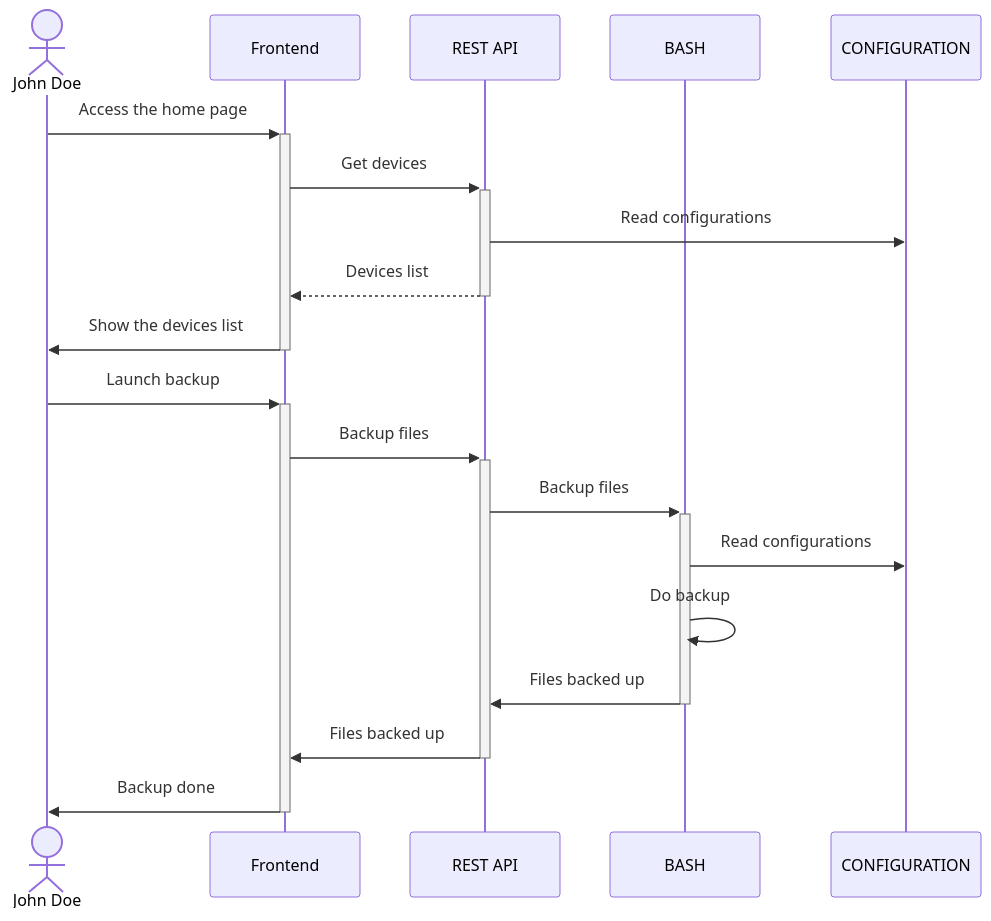
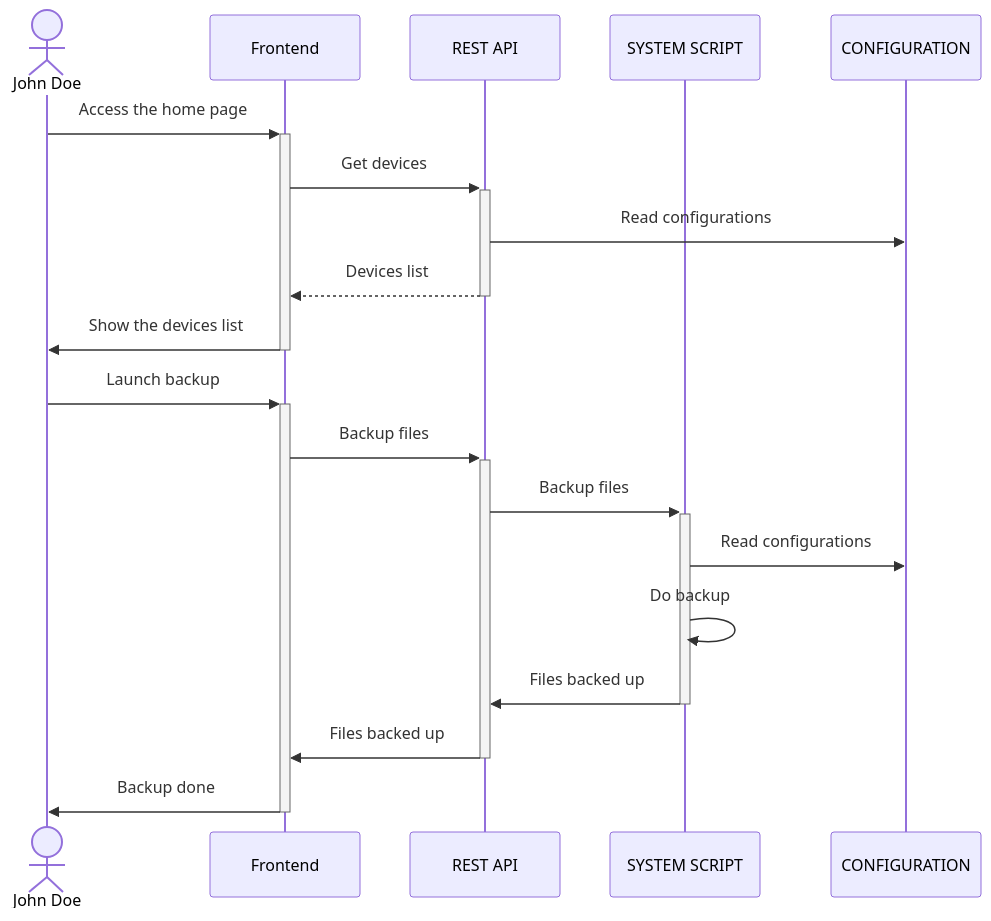
One commit to hillawi/media-files-backup changed the diagram in README.adoc. Above: the diagram before and after it, drawn with Mermaid.

Commit message:
feature/device-configuration: README - Added sequence diagram

````diff
--- a/README.adoc
+++ b/README.adoc
@@ -31,21 +31,21 @@
 ```mermaid
 sequenceDiagram
     ACTOR john as John Doe
     participant front as Frontend
     participant rest as REST API
-    participant bash as BASH
+    participant bash as SYSTEM SCRIPT
     participant config as CONFIGURATION
     john->>+front: Access the home page
     front->>+rest: Get devices
     rest->>config: Read configurations
     rest-->>-front: Devices list
     front->>-john: Show the devices list
     john->>+front: Launch backup
     front->>+rest: Backup files
     rest->>+bash: Backup files
     bash->>config: Read configurations
     bash->>bash: Do backup
     bash->>-rest: Files backed up
     rest->>-front: Files backed up
     front->>-john: Backup done
 ```
````
